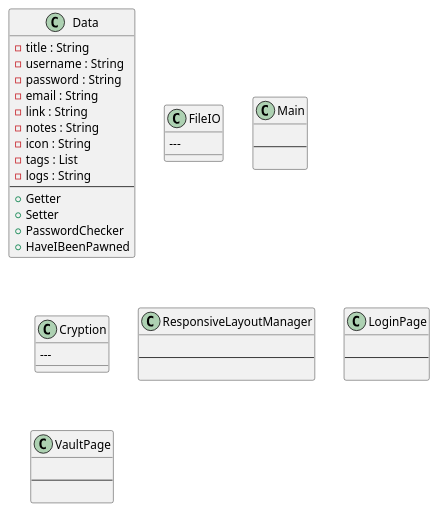
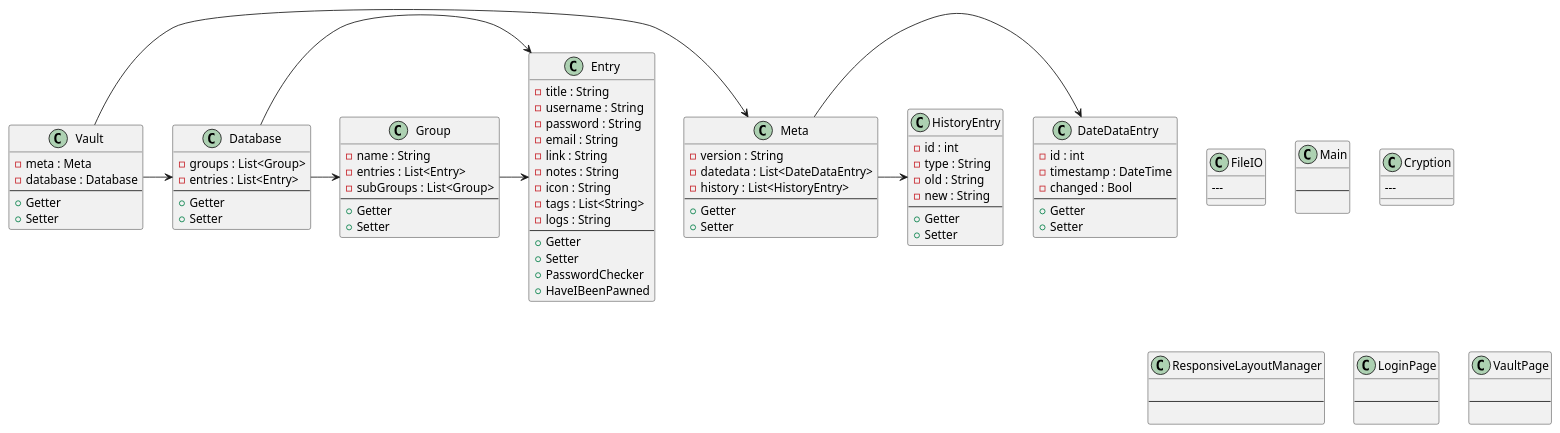
The diagram in docs/ClassDiagram.plantuml (rogue4u/SWEP-Passwordmanager), drawn with PlantUML before and after one commit. The commit also changed other lines of this file, not shown here.

```diff
--- a/docs/ClassDiagram.plantuml
+++ b/docs/ClassDiagram.plantuml
@@ -1,58 +3,118 @@
 @startuml ClassDiagram
 
-class Data {
+Vault -> Meta
+Vault -> Database
+class Vault {
+    - meta : Meta
+    - database : Database
+    ---
+    + Getter
+    + Setter
+}
+
+Meta -> DateDataEntry
+Meta -> HistoryEntry
+class Meta {
+    - version : String
+    - datedata : List<DateDataEntry>
+    - history : List<HistoryEntry>
+    ---
+    + Getter
+    + Setter
+}
+
+class DateDataEntry {
+    - id : int
+    - timestamp : DateTime
+    - changed : Bool
+    ---
+    + Getter
+    + Setter
+}
+
+class HistoryEntry {
+    - id : int
+    - type : String
+    - old : String
+    - new : String
+    ---
+    + Getter
+    + Setter
+}
+
+Database -> Group
+Database -> Entry
+class Database {
+    - groups : List<Group>
+    - entries : List<Entry>
+    ---
+    + Getter
+    + Setter
+}
+
+Group -> Entry
+class Group {
+    - name : String
+    - entries : List<Entry>
+    - subGroups : List<Group>
+    ---
+    + Getter
+    + Setter
+}
+
+class Entry {
     - title : String
     - username : String
     - password : String
     - email : String
     - link : String
     - notes : String
     - icon : String
-    - tags : List
+    - tags : List<String>
     - logs : String
     ---
     + Getter
     + Setter
     + PasswordChecker
     + HaveIBeenPawned
 }
 
 class FileIO {
 
     ---
 
 }
 
 class Main {
     
     ---
 
 }
 
 class Cryption {
 
     ---
 
 }
 
 class ResponsiveLayoutManager {
     
     ---
 
 }
 
 class LoginPage  {
     
     ---
 
 }
 
 class VaultPage {
     
     ---
 
 }
 
 
 
 @enduml
```
